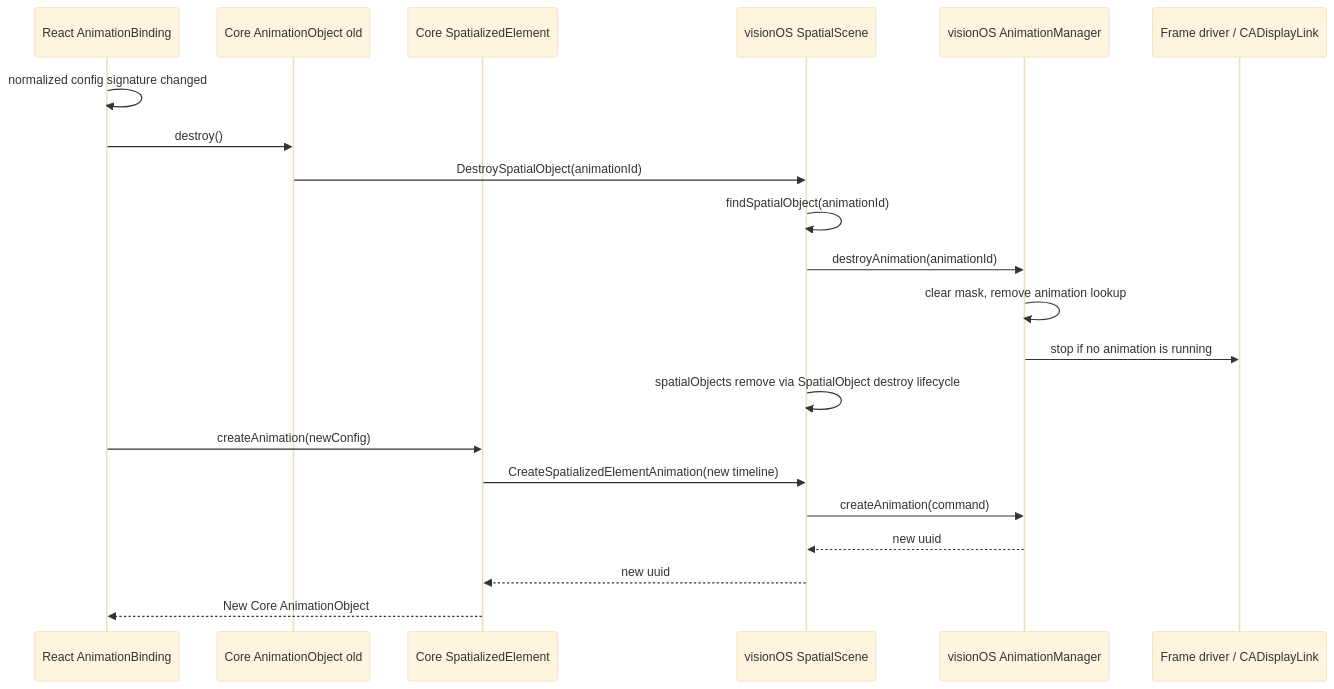
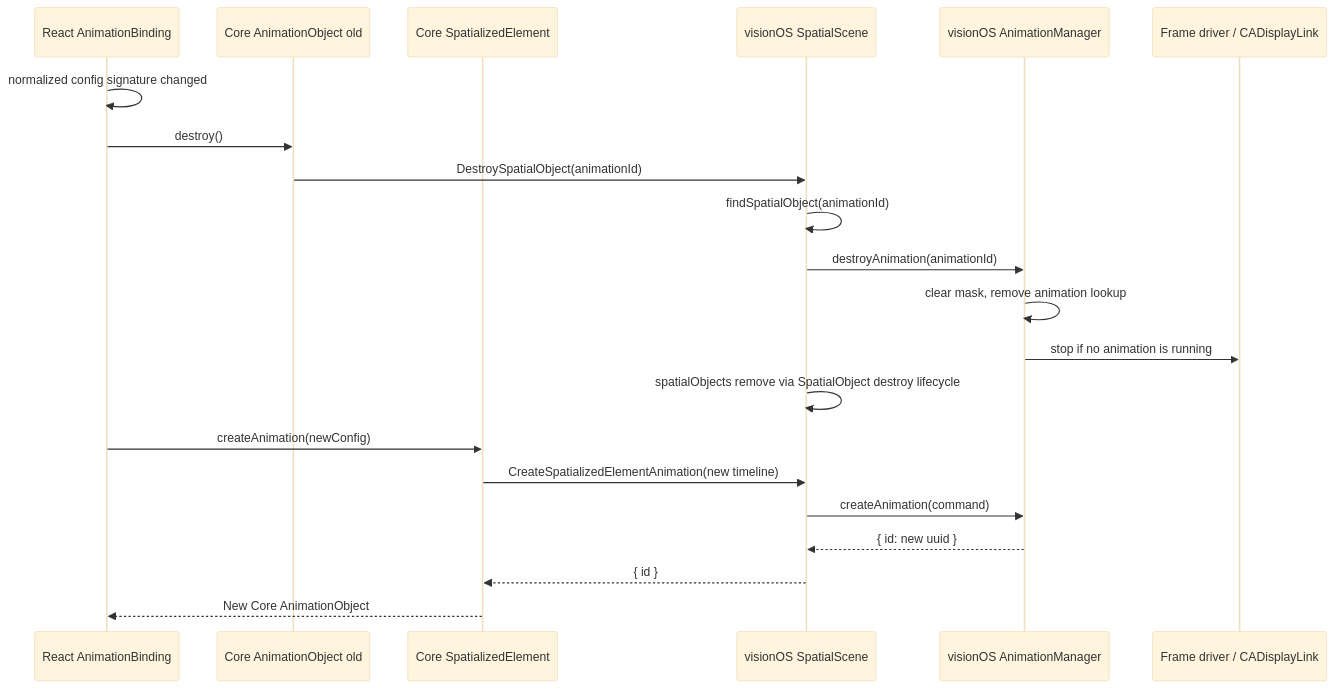
Before and after one commit to webspatial/webspatial-sdk: the sixth of 6 diagrams in openspec/changes/spatialized-element-motion-api/design.zh.md, drawn with Mermaid (base theme). The commit also changed other lines of this file, not shown here.

````diff
--- a/openspec/changes/spatialized-element-motion-api/design.zh.md
+++ b/openspec/changes/spatialized-element-motion-api/design.zh.md
@@ -398,25 +439,25 @@
 ```mermaid
 sequenceDiagram
   participant React as React AnimationBinding
   participant OldObj as Core AnimationObject old
   participant Element as Core SpatializedElement
   participant Scene as visionOS SpatialScene
   participant Manager as visionOS AnimationManager
   participant Driver as Frame driver / CADisplayLink
 
   React->>React: normalized config signature changed
   React->>OldObj: destroy()
   OldObj->>Scene: DestroySpatialObject(animationId)
   Scene->>Scene: findSpatialObject(animationId)
   Scene->>Manager: destroyAnimation(animationId)
   Manager->>Manager: clear mask, remove animation lookup
   Manager->>Driver: stop if no animation is running
   Scene->>Scene: spatialObjects remove via SpatialObject destroy lifecycle
 
   React->>Element: createAnimation(newConfig)
   Element->>Scene: CreateSpatializedElementAnimation(new timeline)
   Scene->>Manager: createAnimation(command)
-  Manager-->>Scene: new uuid
-  Scene-->>Element: new uuid
+  Manager-->>Scene: { id: new uuid }
+  Scene-->>Element: { id }
   Element-->>React: New Core AnimationObject
 ```
````
